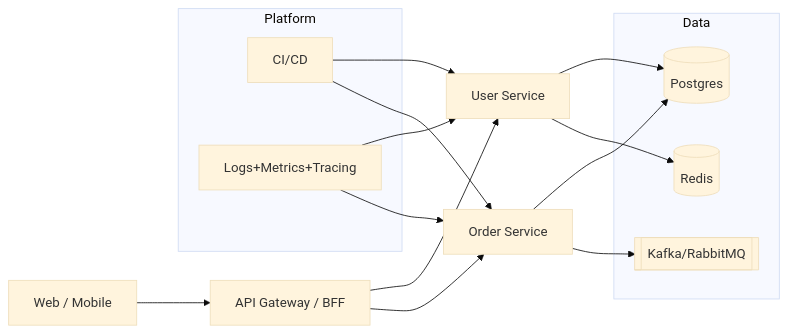
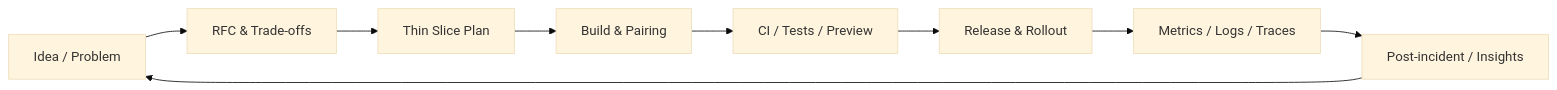
The diagram in README.md (MobinRezaeifar/MobinRezaeifar), drawn with Mermaid (base theme) before and after one commit. The commit also changed other lines of this file, not shown here.

````diff
--- a/README.md
+++ b/README.md
@@ -30,23 +38,11 @@
 ```mermaid
 flowchart LR
-  Client[Web / Mobile] --> BFF[API Gateway / BFF]
-  BFF --> U[User Service]
-  BFF --> O[Order Service]
-  subgraph Data
-    PG[(Postgres)]
-    RD[(Redis)]
-    MQ[[Kafka/RabbitMQ]]
-  end
-  U --> PG
-  O --> PG
-  U --> RD
-  O --> MQ
-  subgraph Platform
-    CI[CI/CD]
-    OBS[Logs+Metrics+Tracing]
-  end
-  CI --> U
-  CI --> O
-  OBS --> U
-  OBS --> O
+  Idea[Idea / Problem] --> RFC[RFC & Trade-offs]
+  RFC --> Slice[Thin Slice Plan]
+  Slice --> Build[Build & Pairing]
+  Build --> CI[CI / Tests / Preview]
+  CI --> Ship[Release & Rollout]
+  Ship --> Observe[Metrics / Logs / Traces]
+  Observe --> Learn[Post-incident / Insights]
+  Learn --> Idea
 ```
````
